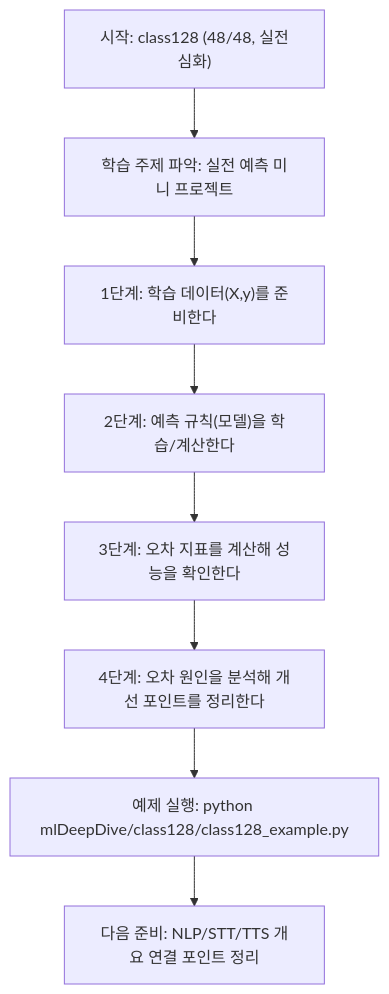
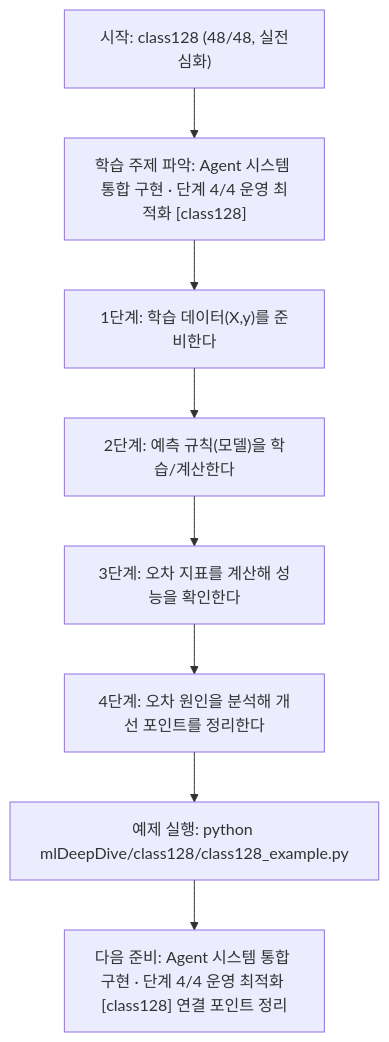
The diagram in mlDeepDive/class128/class128.md (edumgt/Python-AI_Agent-Class), drawn with Mermaid before and after one commit. The commit also changed other lines of this file and 522 other files, not shown here.

````diff
--- a/mlDeepDive/class128/class128.md
+++ b/mlDeepDive/class128/class128.md
@@ -110,18 +111,18 @@
 ```mermaid
 flowchart TD
 N1["시작: class128 (48/48, 실전심화)"]
-N2["학습 주제 파악: 실전 예측 미니 프로젝트"]
+N2["학습 주제 파악: Agent 시스템 통합 구현 · 단계 4/4 운영 최적화 [class128]"]
 N3["1단계: 학습 데이터(X,y)를 준비한다"]
 N4["2단계: 예측 규칙(모델)을 학습/계산한다"]
 N5["3단계: 오차 지표를 계산해 성능을 확인한다"]
 N6["4단계: 오차 원인을 분석해 개선 포인트를 정리한다"]
 N7["예제 실행: python mlDeepDive/class128/class128_example.py"]
-N8["다음 준비: NLP/STT/TTS 개요 연결 포인트 정리"]
+N8["다음 준비: Agent 시스템 통합 구현 · 단계 4/4 운영 최적화 [class128] 연결 포인트 정리"]
 N1 --> N2
 N2 --> N3
 N3 --> N4
 N4 --> N5
 N5 --> N6
 N6 --> N7
 N7 --> N8
 ```
````
